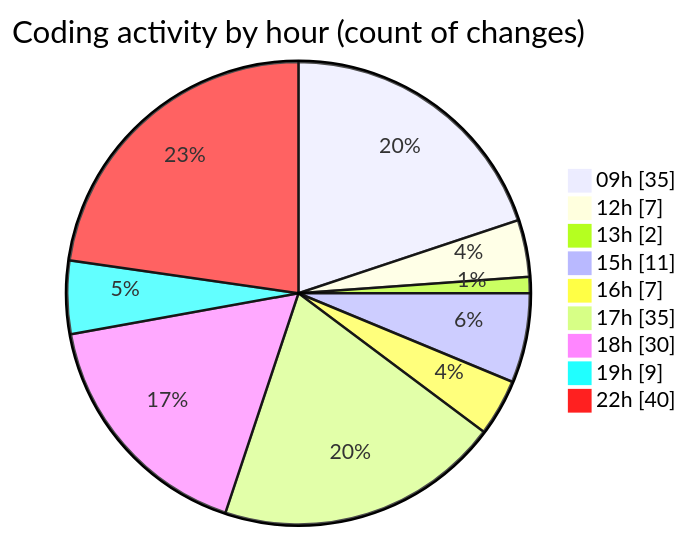
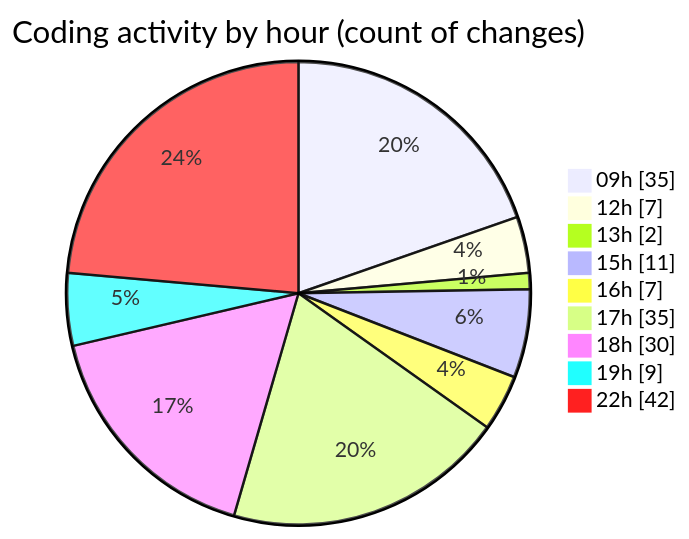
The second of 2 diagrams in 2026-06-11/cda/README.md (momahboobian/code-tracking), drawn with Mermaid before and after one commit. The commit also changed other lines of this file and 1 other file, not shown here.

````diff
--- a/2026-06-11/cda/README.md
+++ b/2026-06-11/cda/README.md
@@ -71,13 +71,13 @@
 ```mermaid
 pie showData
 title Coding activity by hour (count of changes)
 "09h" : 35
 "12h" : 7
 "13h" : 2
 "15h" : 11
 "16h" : 7
 "17h" : 35
 "18h" : 30
 "19h" : 9
-"22h" : 40
+"22h" : 42
 ```
````
